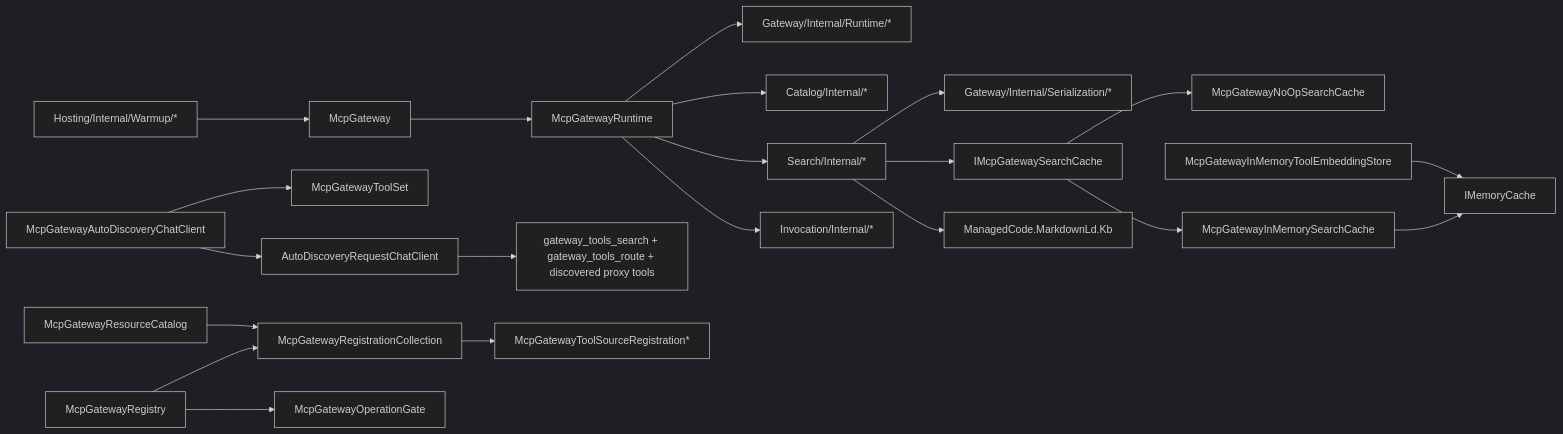
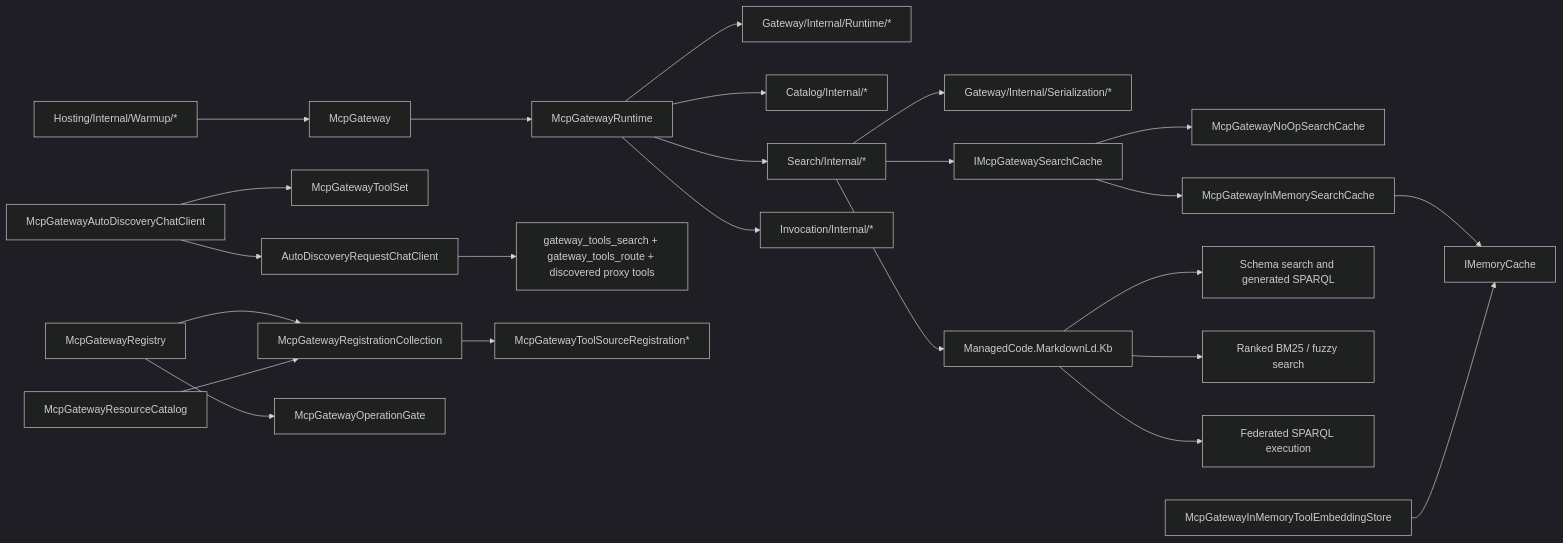
One commit to managedcode/MCPGateway changed the fourth of 4 diagrams in docs/Architecture/Overview.md. Above: the diagram before and after it, drawn with Mermaid (dark theme). The commit also changed other lines of this file and 66 other files, not shown here.

Commit message:
Optimize schema-aware graph search

````diff
--- a/docs/Architecture/Overview.md
+++ b/docs/Architecture/Overview.md
@@ -128,23 +145,26 @@
 ```mermaid
 flowchart LR
     McpGateway["McpGateway"] --> McpGatewayRuntime["McpGatewayRuntime"]
     AutoDiscovery["McpGatewayAutoDiscoveryChatClient"] --> ToolSet["McpGatewayToolSet"]
     AutoDiscovery --> RequestWrapper["AutoDiscoveryRequestChatClient"]
     RequestWrapper --> RuntimeTools["gateway_tools_search + gateway_tools_route + discovered proxy tools"]
     McpGatewayRuntime --> RuntimeCore["Gateway/Internal/Runtime/*"]
     McpGatewayRuntime --> RuntimeCatalog["Catalog/Internal/*"]
     McpGatewayRuntime --> RuntimeSearch["Search/Internal/*"]
     McpGatewayRuntime --> RuntimeInvocation["Invocation/Internal/*"]
     Registry["McpGatewayRegistry"] --> RegistrationCollection["McpGatewayRegistrationCollection"]
     Registry --> OperationGate["McpGatewayOperationGate"]
     ResourceCatalog["McpGatewayResourceCatalog"] --> RegistrationCollection
     RegistrationCollection --> SourceRegistrations["McpGatewayToolSourceRegistration*"]
     RuntimeSearch --> Json["Gateway/Internal/Serialization/*"]
     RuntimeSearch --> SearchCache["IMcpGatewaySearchCache"]
     SearchCache --> NoOpCache["McpGatewayNoOpSearchCache"]
     SearchCache --> InMemorySearchCache["McpGatewayInMemorySearchCache"]
     InMemorySearchCache --> MemoryCache["IMemoryCache"]
     RuntimeSearch --> MarkdownLd["ManagedCode.MarkdownLd.Kb"]
+    MarkdownLd --> SchemaSparql["Schema search and generated SPARQL"]
+    MarkdownLd --> RankedSearch["Ranked BM25 / fuzzy search"]
+    MarkdownLd --> Federation["Federated SPARQL execution"]
     Warmup["Hosting/Internal/Warmup/*"] --> McpGateway
     InMemoryStore["McpGatewayInMemoryToolEmbeddingStore"] --> MemoryCache["IMemoryCache"]
 ```
````
